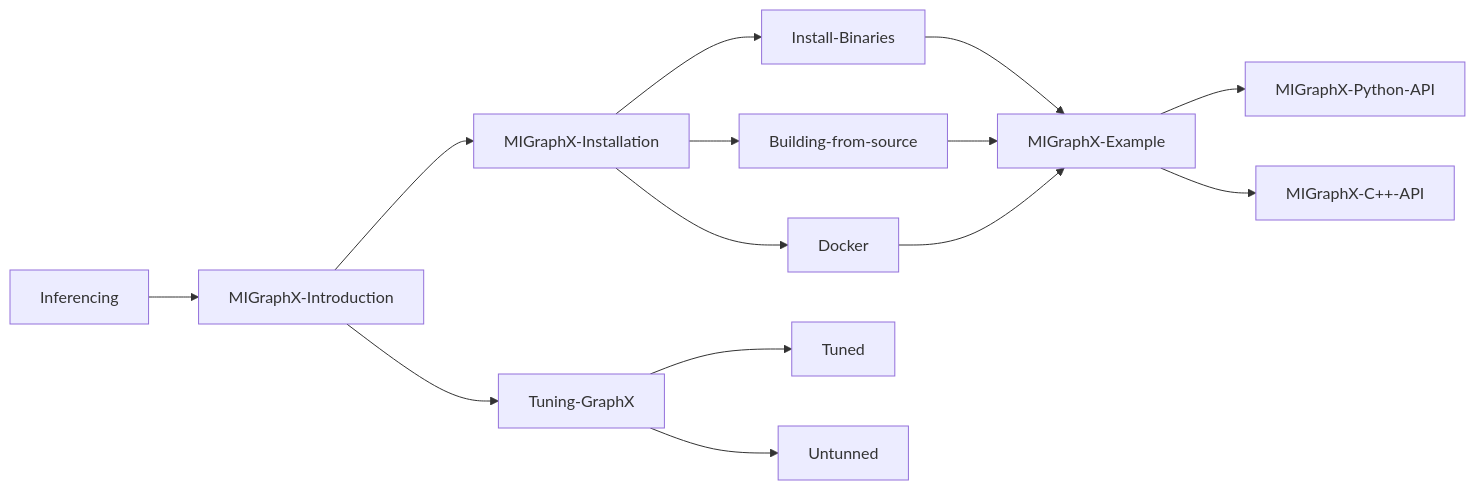
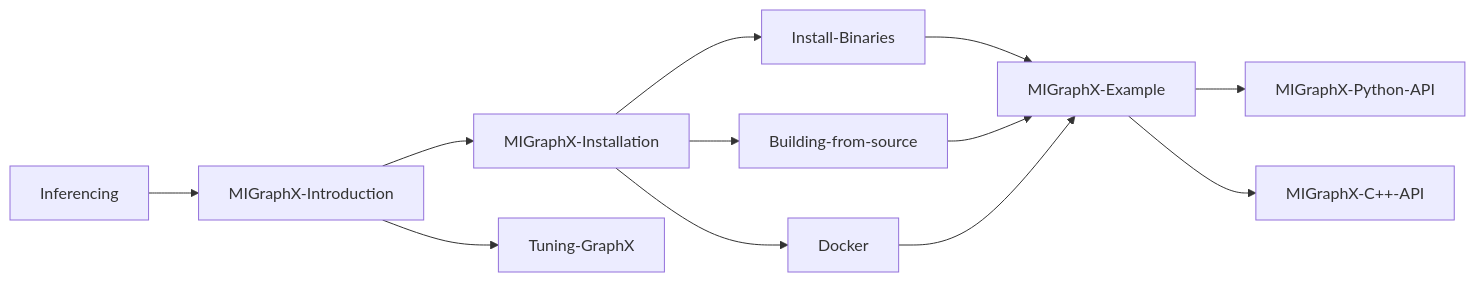
The third of 3 diagrams in README.md (anubhavamd/Deep-Learning-Updated), drawn with Mermaid before and after one commit.

````diff
--- a/README.md
+++ b/README.md
@@ -1942,30 +1942,28 @@
 ```mermaid
 flowchart LR
     Inferencing-->MIGraphX-Introduction
     MIGraphX-Introduction-->MIGraphX-Installation
     MIGraphX-Installation--> Install-Binaries
     MIGraphX-Installation--> Building-from-source
     MIGraphX-Installation--> Docker
     Install-Binaries --> MIGraphX-Example
     Building-from-source --> MIGraphX-Example
     Docker --> MIGraphX-Example
     MIGraphX-Example--> MIGraphX-Python-API
     MIGraphX-Example--> MIGraphX-C++-API
     MIGraphX-Introduction--> Tuning-GraphX
-    Tuning-GraphX --> Tuned
-    Tuning-GraphX --> Untunned
+    
     
     
     click Inferencing href "https://github.com/anubhavamd/Deep-Learning-Updated#51-inferencing"
     click MIGraphX-Introduction href "https://github.com/anubhavamd/Deep-Learning-Updated#511-migraphx-introduction"
     click MIGraphX-Installation href "https://github.com/anubhavamd/Deep-Learning-Updated#512-migraphx-installation"
     click Install-Binaries href "https://github.com/anubhavamd/Deep-Learning-Updated#5121-option-1-installing-binaries"
     click Building-from-source href "https://github.com/anubhavamd/Deep-Learning-Updated#5122-option-2-building-from-source"
     click Docker href "https://github.com/anubhavamd/Deep-Learning-Updated#5123-option-3-use-docker"
     click MIGraphX-Example href "https://github.com/anubhavamd/Deep-Learning-Updated#513-migraphx-example"
     click MIGraphX-Python-API href "https://github.com/anubhavamd/Deep-Learning-Updated#5131-migraphx-python-api"
     click MIGraphX-C++-API href "https://github.com/anubhavamd/Deep-Learning-Updated#5132-migraphx-c-api"
     click Tuning-GraphX href "https://github.com/anubhavamd/Deep-Learning-Updated#514-tuning-migraphx"
-    click Tuned href "https://github.com/anubhavamd/Deep-Learning-Updated#tuned"
-    click Untunned href "https://github.com/anubhavamd/Deep-Learning-Updated#untuned"
+    
 ```
````
